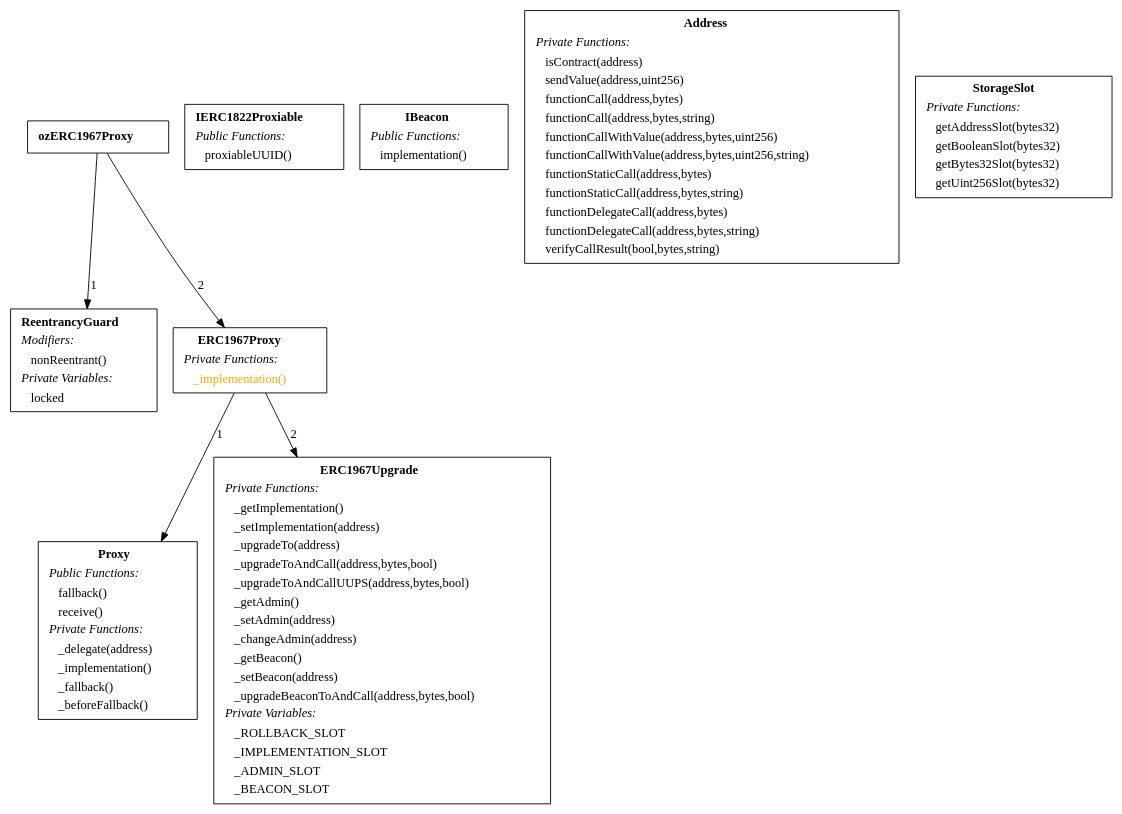
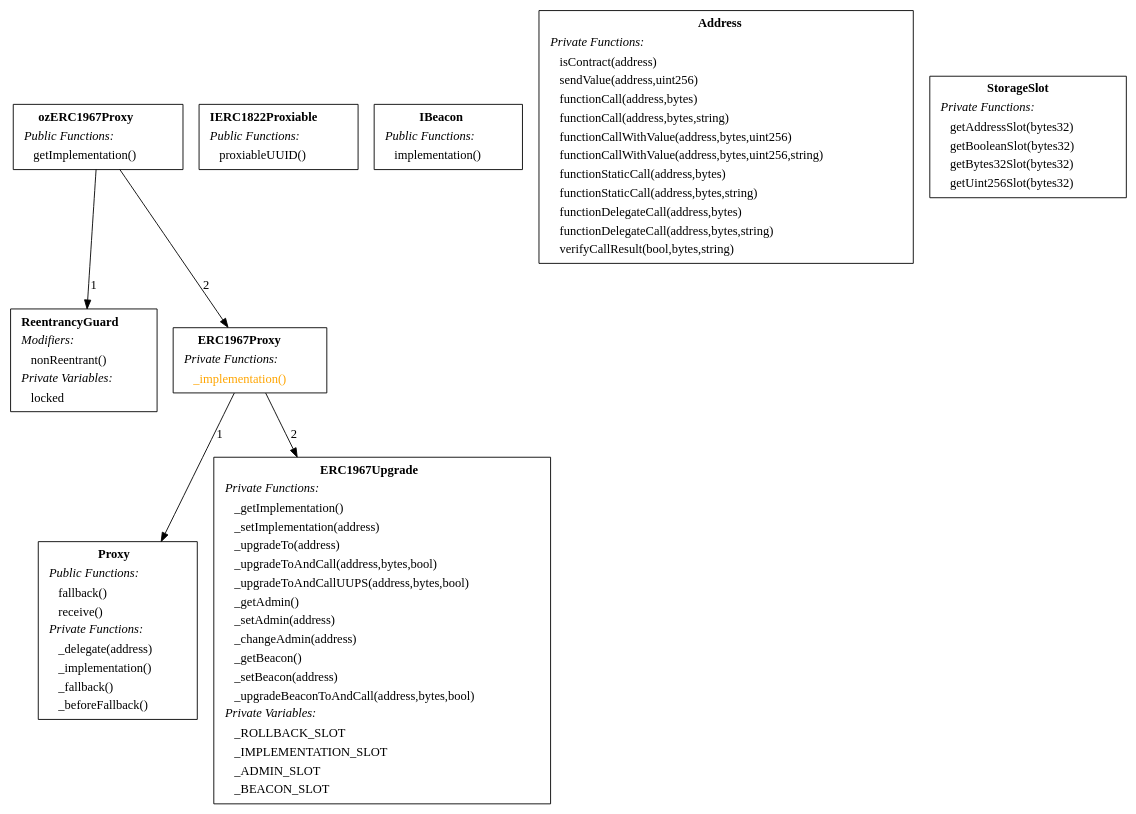
Before and after one commit to trojanMcAfee/ozel: the diagram in inheritance-graphs/ethereum/ozERC1967Proxy.sol.inheritance-graph.dot, drawn with Graphviz. The commit also changed 17 other files, not shown here.

Commit message:
Added new inheritance graphs

```diff
--- a/inheritance-graphs/ethereum/ozERC1967Proxy.sol.inheritance-graph.dot
+++ b/inheritance-graphs/ethereum/ozERC1967Proxy.sol.inheritance-graph.dot
@@ -1,24 +1,24 @@
 digraph "" {
 ozERC1967Proxy -> ReentrancyGuard [ label="1" ];
 ozERC1967Proxy -> ERC1967Proxy [ label="2" ];
-ozERC1967Proxy[shape="box"label=< <TABLE border="0"><TR><TD align="center"><B>ozERC1967Proxy</B></TD></TR></TABLE> >];
+ozERC1967Proxy[shape="box"label=< <TABLE border="0"><TR><TD align="center"><B>ozERC1967Proxy</B></TD></TR><TR><TD align="left"><I>Public Functions:</I></TD></TR><TR><TD align="left">    getImplementation()</TD></TR></TABLE> >];
 
 IERC1822Proxiable[shape="box"label=< <TABLE border="0"><TR><TD align="center"><B>IERC1822Proxiable</B></TD></TR><TR><TD align="left"><I>Public Functions:</I></TD></TR><TR><TD align="left">    proxiableUUID()</TD></TR></TABLE> >];
 
 ERC1967Proxy -> Proxy [ label="1" ];
 ERC1967Proxy -> ERC1967Upgrade [ label="2" ];
 ERC1967Proxy[shape="box"label=< <TABLE border="0"><TR><TD align="center"><B>ERC1967Proxy</B></TD></TR><TR><TD align="left"><I>Private Functions:</I></TD></TR><TR><TD align="left"><font color="#FFA500">    _implementation()</font></TD></TR></TABLE> >];
 
 ERC1967Upgrade[shape="box"label=< <TABLE border="0"><TR><TD align="center"><B>ERC1967Upgrade</B></TD></TR><TR><TD align="left"><I>Private Functions:</I></TD></TR><TR><TD align="left">    _getImplementation()</TD></TR><TR><TD align="left">    _setImplementation(address)</TD></TR><TR><TD align="left">    _upgradeTo(address)</TD></TR><TR><TD align="left">    _upgradeToAndCall(address,bytes,bool)</TD></TR><TR><TD align="left">    _upgradeToAndCallUUPS(address,bytes,bool)</TD></TR><TR><TD align="left">    _getAdmin()</TD></TR><TR><TD align="left">    _setAdmin(address)</TD></TR><TR><TD align="left">    _changeAdmin(address)</TD></TR><TR><TD align="left">    _getBeacon()</TD></TR><TR><TD align="left">    _setBeacon(address)</TD></TR><TR><TD align="left">    _upgradeBeaconToAndCall(address,bytes,bool)</TD></TR><TR><TD align="left"><I>Private Variables:</I></TD></TR><TR><TD align="left">    _ROLLBACK_SLOT</TD></TR><TR><TD align="left">    _IMPLEMENTATION_SLOT</TD></TR><TR><TD align="left">    _ADMIN_SLOT</TD></TR><TR><TD align="left">    _BEACON_SLOT</TD></TR></TABLE> >];
 
 Proxy[shape="box"label=< <TABLE border="0"><TR><TD align="center"><B>Proxy</B></TD></TR><TR><TD align="left"><I>Public Functions:</I></TD></TR><TR><TD align="left">    fallback()</TD></TR><TR><TD align="left">    receive()</TD></TR><TR><TD align="left"><I>Private Functions:</I></TD></TR><TR><TD align="left">    _delegate(address)</TD></TR><TR><TD align="left">    _implementation()</TD></TR><TR><TD align="left">    _fallback()</TD></TR><TR><TD align="left">    _beforeFallback()</TD></TR></TABLE> >];
 
 IBeacon[shape="box"label=< <TABLE border="0"><TR><TD align="center"><B>IBeacon</B></TD></TR><TR><TD align="left"><I>Public Functions:</I></TD></TR><TR><TD align="left">    implementation()</TD></TR></TABLE> >];
 
 Address[shape="box"label=< <TABLE border="0"><TR><TD align="center"><B>Address</B></TD></TR><TR><TD align="left"><I>Private Functions:</I></TD></TR><TR><TD align="left">    isContract(address)</TD></TR><TR><TD align="left">    sendValue(address,uint256)</TD></TR><TR><TD align="left">    functionCall(address,bytes)</TD></TR><TR><TD align="left">    functionCall(address,bytes,string)</TD></TR><TR><TD align="left">    functionCallWithValue(address,bytes,uint256)</TD></TR><TR><TD align="left">    functionCallWithValue(address,bytes,uint256,string)</TD></TR><TR><TD align="left">    functionStaticCall(address,bytes)</TD></TR><TR><TD align="left">    functionStaticCall(address,bytes,string)</TD></TR><TR><TD align="left">    functionDelegateCall(address,bytes)</TD></TR><TR><TD align="left">    functionDelegateCall(address,bytes,string)</TD></TR><TR><TD align="left">    verifyCallResult(bool,bytes,string)</TD></TR></TABLE> >];
 
 StorageSlot[shape="box"label=< <TABLE border="0"><TR><TD align="center"><B>StorageSlot</B></TD></TR><TR><TD align="left"><I>Private Functions:</I></TD></TR><TR><TD align="left">    getAddressSlot(bytes32)</TD></TR><TR><TD align="left">    getBooleanSlot(bytes32)</TD></TR><TR><TD align="left">    getBytes32Slot(bytes32)</TD></TR><TR><TD align="left">    getUint256Slot(bytes32)</TD></TR></TABLE> >];
 
 ReentrancyGuard[shape="box"label=< <TABLE border="0"><TR><TD align="center"><B>ReentrancyGuard</B></TD></TR><TR><TD align="left"><I>Modifiers:</I></TD></TR><TR><TD align="left">    nonReentrant()</TD></TR><TR><TD align="left"><I>Private Variables:</I></TD></TR><TR><TD align="left">    locked</TD></TR></TABLE> >];
 
 }
```
